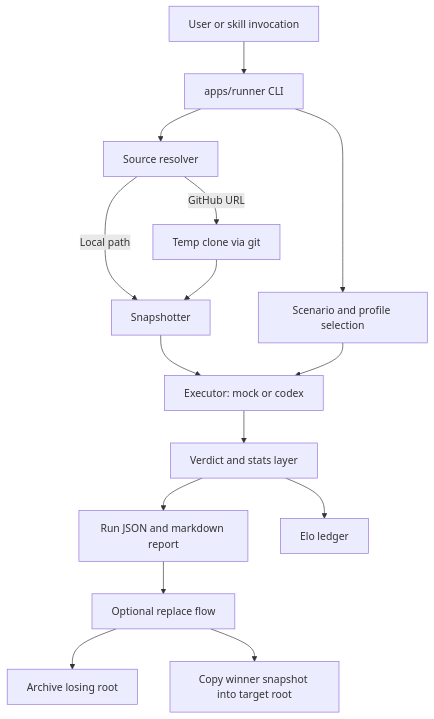
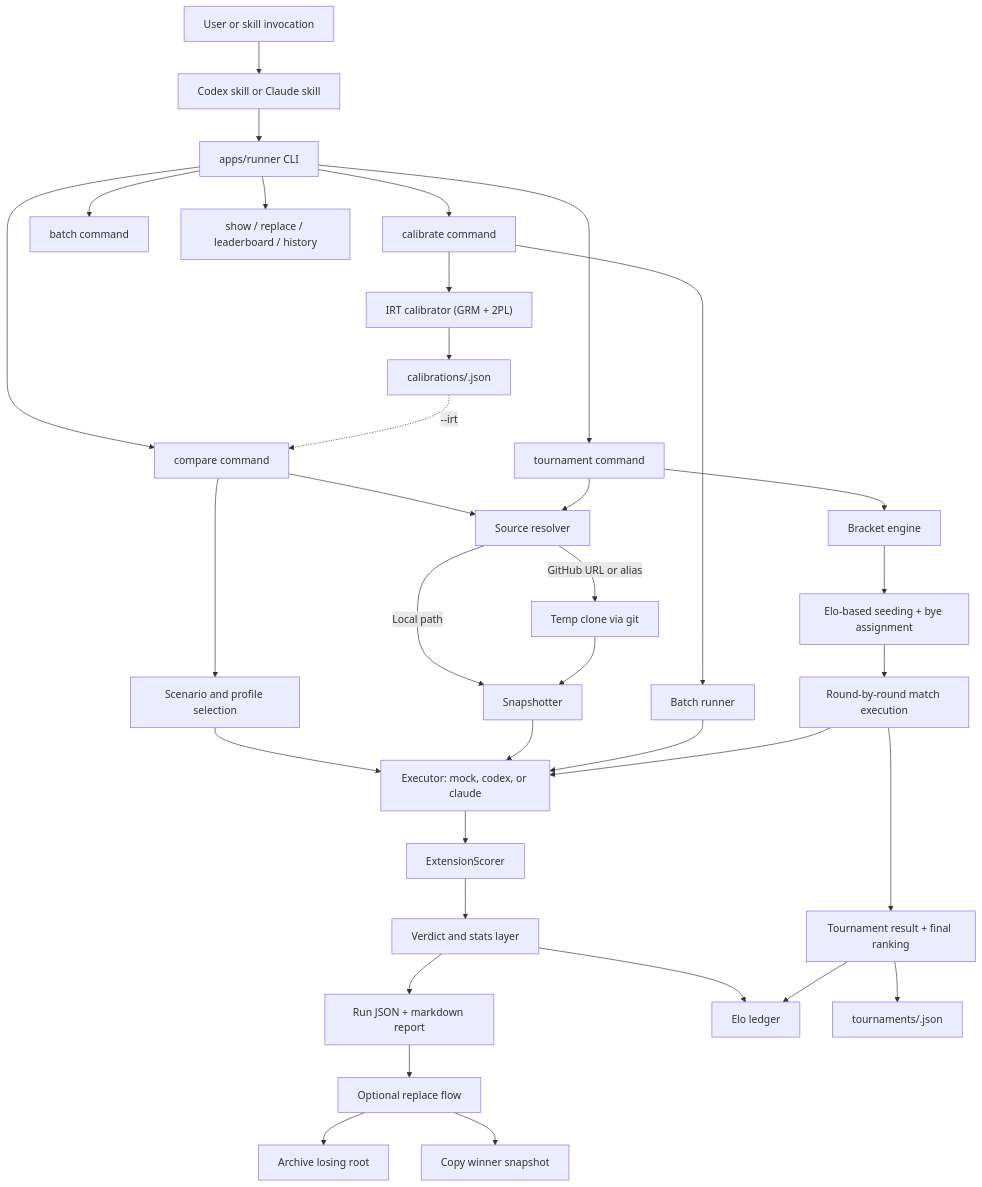
The first of 2 diagrams in docs/architecture.md (saemihemma/watchtower-oss), drawn with Mermaid before and after one commit. The commit also changed other lines of this file and 89 other files, not shown here.

````diff
--- a/docs/architecture.md
+++ b/docs/architecture.md
@@ -5,17 +7,44 @@
 ```mermaid
 flowchart TD
-    User["User or skill invocation"] --> CLI["apps/runner CLI"]
-    CLI --> Scenario["Scenario and profile selection"]
-    CLI --> Resolver["Source resolver"]
+    User["User or skill invocation"] --> HostSkill["Codex skill or Claude skill"]
+    HostSkill --> CLI["apps/runner CLI"]
+
+    CLI --> Compare["compare command"]
+    CLI --> Tournament["tournament command"]
+    CLI --> Calibrate["calibrate command"]
+    CLI --> Batch["batch command"]
+    CLI --> Utility["show / replace / leaderboard / history"]
+
+    Compare --> Scenario["Scenario and profile selection"]
+    Compare --> Resolver["Source resolver"]
+    Tournament --> Resolver
+
     Resolver -->|Local path| Snapshot["Snapshotter"]
-    Resolver -->|GitHub URL| Clone["Temp clone via git"]
+    Resolver -->|GitHub URL or alias| Clone["Temp clone via git"]
     Clone --> Snapshot
-    Snapshot --> Executor["Executor: mock or codex"]
-    Scenario --> Executor
-    Executor --> Verdict["Verdict and stats layer"]
-    Verdict --> Report["Run JSON and markdown report"]
+
+    Scenario --> Executor["Executor: mock, codex, or claude"]
+    Snapshot --> Executor
+
+    Executor --> ExtScorer["ExtensionScorer"]
+    ExtScorer --> Verdict["Verdict and stats layer"]
+    Verdict --> Report["Run JSON + markdown report"]
     Verdict --> Elo["Elo ledger"]
+
+    Calibrate --> BatchRunner["Batch runner"]
+    BatchRunner --> Executor
+    Calibrate --> IRTEngine["IRT calibrator (GRM + 2PL)"]
+    IRTEngine --> CalibFile["calibrations/<date>.json"]
+    CalibFile -.->|--irt| Compare
     Report --> Replace["Optional replace flow"]
     Replace --> Archive["Archive losing root"]
-    Replace --> Copy["Copy winner snapshot into target root"]
+    Replace --> Copy["Copy winner snapshot"]
+
+    Tournament --> Bracket["Bracket engine"]
+    Bracket --> Seeding["Elo-based seeding + bye assignment"]
+    Seeding --> Rounds["Round-by-round match execution"]
+    Rounds --> Executor
+    Rounds --> TournResult["Tournament result + final ranking"]
+    TournResult --> Elo
+    TournResult --> TournPersist["tournaments/<id>.json"]
 ```
````
